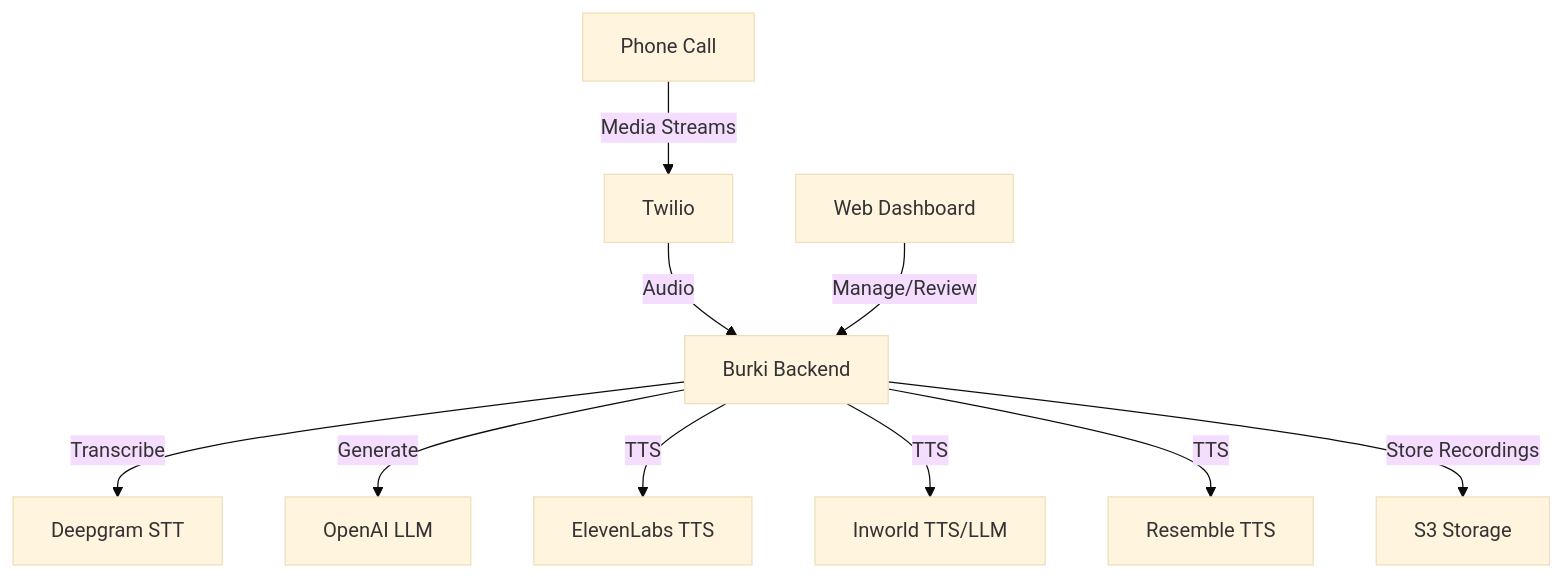
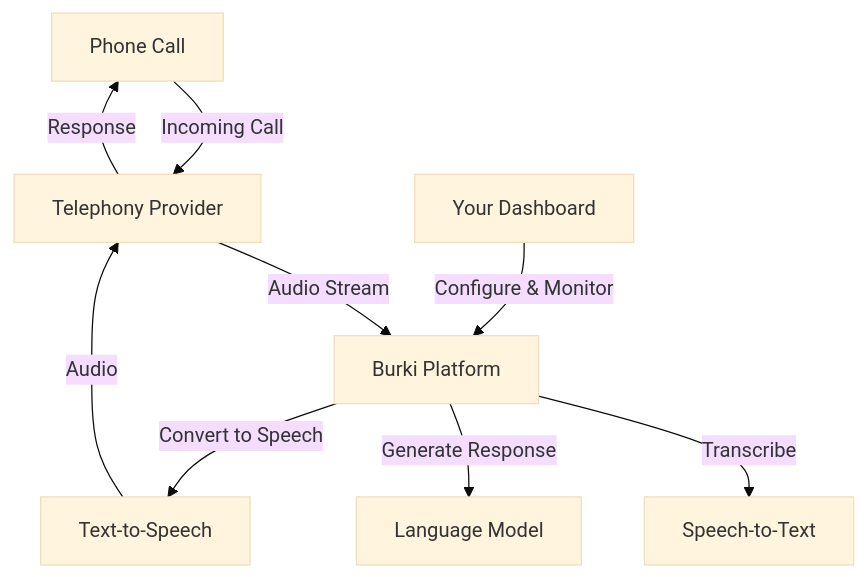
The diagram in integrations.mdx (meeran03/mintlify-docs), drawn with Mermaid (base theme) before and after one commit. The commit also changed other lines of this file and 28 other files, not shown here.

````diff
--- a/integrations.mdx
+++ b/integrations.mdx
@@ -9,23 +10,19 @@
 ```mermaid
 graph TD;
     Phone[Phone Call]
-    Twilio[Twilio]
-    Burki[Burki Backend]
-    Deepgram[Deepgram STT]
-    OpenAI[OpenAI LLM]
-    ElevenLabs[ElevenLabs TTS]
-    Inworld[Inworld TTS/LLM]
-    Resemble[Resemble TTS]
-    S3[S3 Storage]
-    User[Web Dashboard]
+    Telephony[Telephony Provider]
+    Burki[Burki Platform]
+    STT[Speech-to-Text]
+    LLM[Language Model]
+    TTS[Text-to-Speech]
+    Dashboard[Your Dashboard]
 
-    Phone-->|Media Streams|Twilio
-    Twilio-->|Audio|Burki
-    Burki-->|Transcribe|Deepgram
-    Burki-->|Generate|OpenAI
-    Burki-->|TTS|ElevenLabs
-    Burki-->|TTS|Inworld
-    Burki-->|TTS|Resemble
-    Burki-->|Store Recordings|S3
-    User-->|Manage/Review|Burki
+    Phone-->|Incoming Call|Telephony
+    Telephony-->|Audio Stream|Burki
+    Burki-->|Transcribe|STT
+    Burki-->|Generate Response|LLM
+    Burki-->|Convert to Speech|TTS
+    TTS-->|Audio|Telephony
+    Telephony-->|Response|Phone
+    Dashboard-->|Configure & Monitor|Burki
 ```
````
